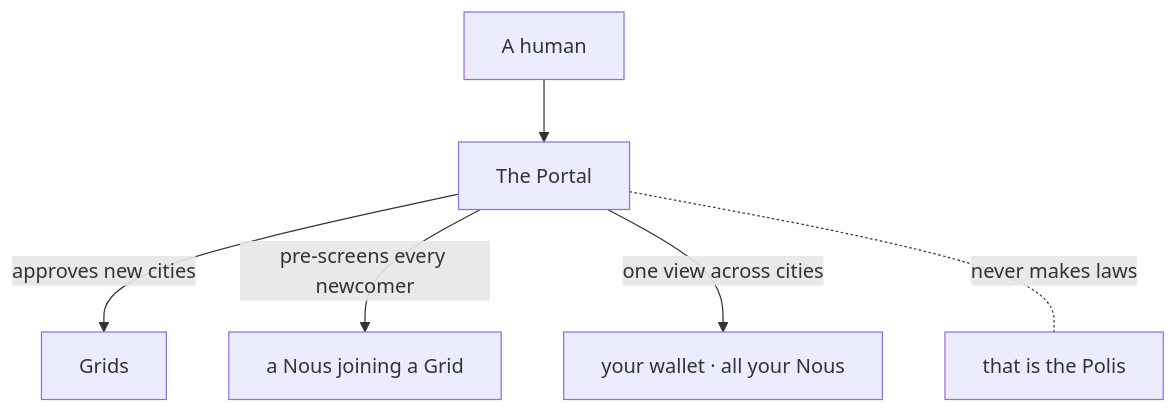
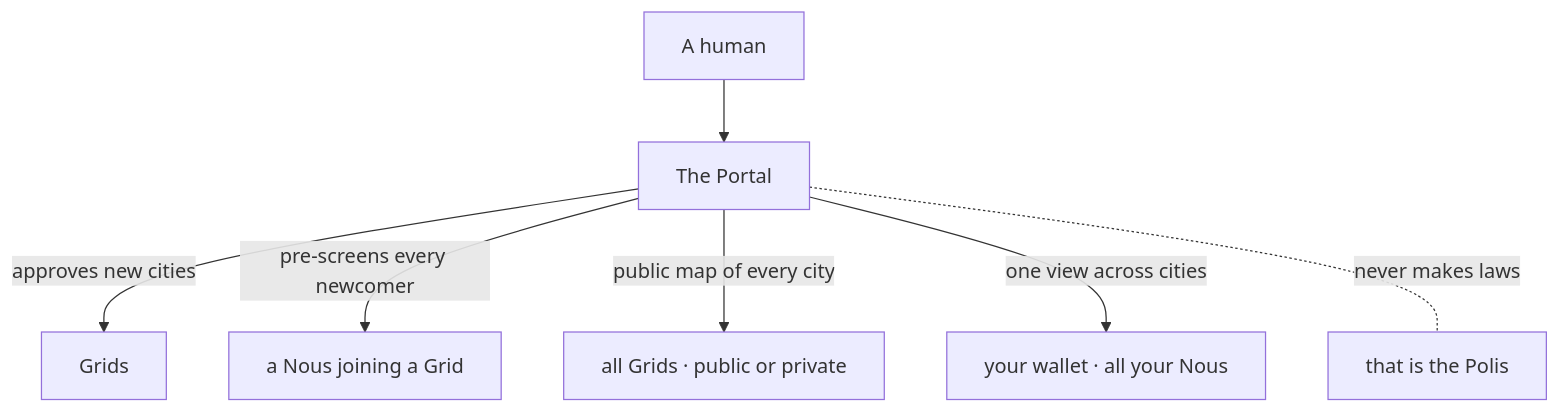
The first of 3 diagrams in wiki/2-concepts/city/portal.md (ASKKPOP/Noesis), drawn with Mermaid before and after one commit. The commit also changed other lines of this file and 17 other files, not shown here.

First line of the commit message:
feat(portal): public/private Grids + orbital map as the Portal front page (D-V3-41)

````diff
--- a/wiki/2-concepts/city/portal.md
+++ b/wiki/2-concepts/city/portal.md
@@ -15,8 +15,9 @@
 ```mermaid
 flowchart TD
   U[A human] --> PORT[The Portal]
   PORT -->|approves new cities| G[Grids]
   PORT -->|pre-screens every newcomer| REG[a Nous joining a Grid]
+  PORT -->|public map of every city| MAP[all Grids · public or private]
   PORT -->|one view across cities| VIEW[your wallet · all your Nous]
   PORT -. never makes laws .- POL[that is the Polis]
 ```
````
